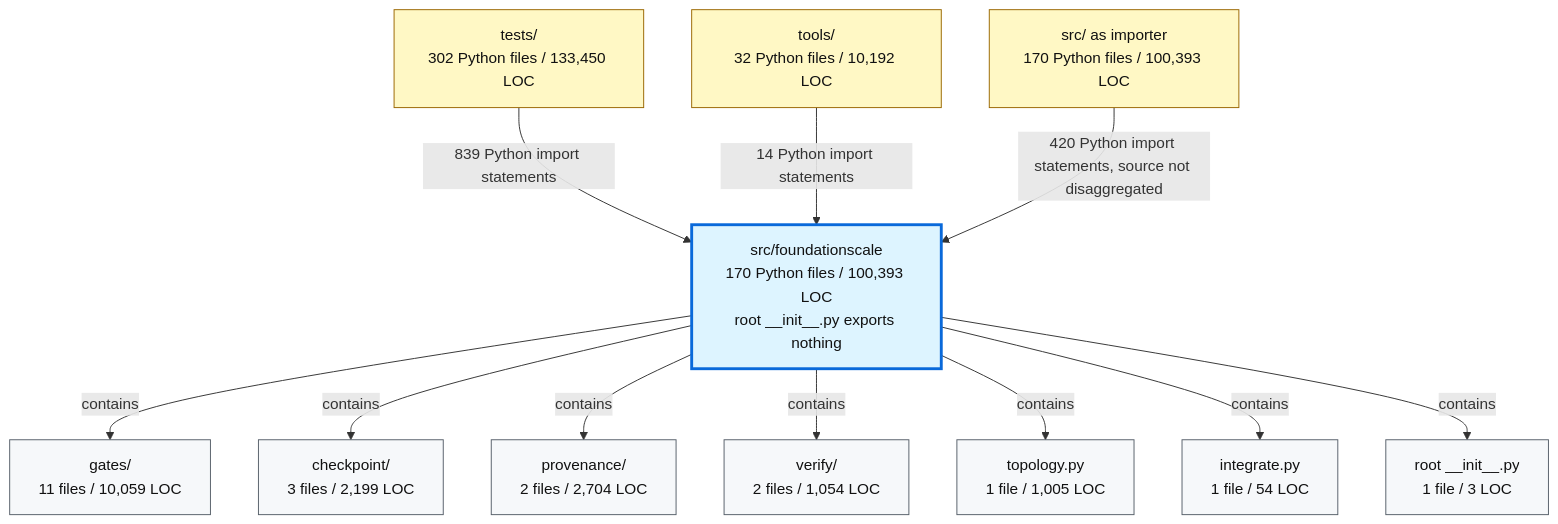
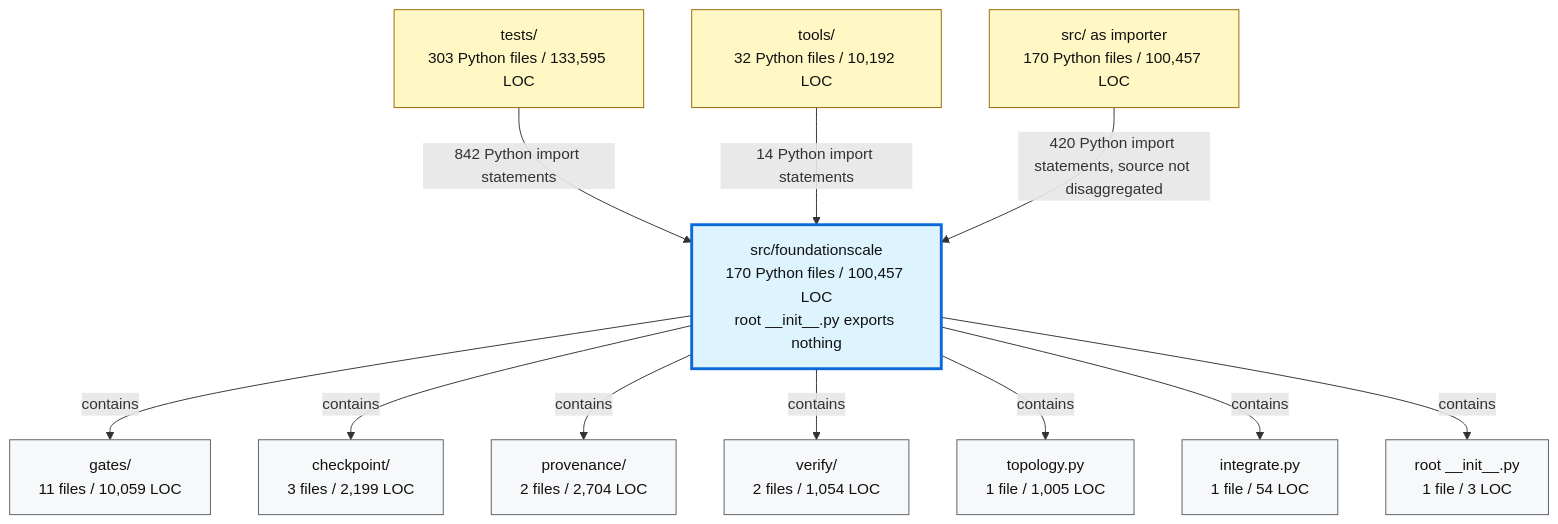
One commit to TranNhiem/FoundationScale changed the second of 2 diagrams in docs/review/D2_current_architecture.md. Above: the diagram before and after it, drawn with Mermaid. The commit also changed other lines of this file and 10 other files, not shown here.

````diff
--- a/docs/review/D2_current_architecture.md
+++ b/docs/review/D2_current_architecture.md
@@ -97,36 +97,36 @@
 ```mermaid
 flowchart TB
-  TESTS["tests/<br/>302 Python files / 133,450 LOC"]
+  TESTS["tests/<br/>303 Python files / 133,595 LOC"]
   TOOLS["tools/<br/>32 Python files / 10,192 LOC"]
-  SRC["src/ as importer<br/>170 Python files / 100,393 LOC"]
+  SRC["src/ as importer<br/>170 Python files / 100,457 LOC"]
 
-  FS["src/foundationscale<br/>170 Python files / 100,393 LOC<br/>root __init__.py exports nothing"]
+  FS["src/foundationscale<br/>170 Python files / 100,457 LOC<br/>root __init__.py exports nothing"]
 
   GATES["gates/<br/>11 files / 10,059 LOC"]
   CKPT["checkpoint/<br/>3 files / 2,199 LOC"]
   PROV["provenance/<br/>2 files / 2,704 LOC"]
   VERIFY["verify/<br/>2 files / 1,054 LOC"]
   TOPO["topology.py<br/>1 file / 1,005 LOC"]
   INTEG["integrate.py<br/>1 file / 54 LOC"]
   ROOT["root __init__.py<br/>1 file / 3 LOC"]
 
-  TESTS -->|"839 Python import statements"| FS
+  TESTS -->|"842 Python import statements"| FS
   TOOLS -->|"14 Python import statements"| FS
   SRC -->|"420 Python import statements, source not disaggregated"| FS
 
   FS -->|"contains"| GATES
   FS -->|"contains"| CKPT
   FS -->|"contains"| PROV
   FS -->|"contains"| VERIFY
   FS -->|"contains"| TOPO
   FS -->|"contains"| INTEG
   FS -->|"contains"| ROOT
 
   classDef consumer fill:#fff8c5,stroke:#9a6700,color:#111;
   classDef package fill:#ddf4ff,stroke:#0969da,stroke-width:3px,color:#111;
   classDef module fill:#f6f8fa,stroke:#57606a,color:#111;
 
   class TESTS,TOOLS,SRC consumer;
   class FS package;
   class GATES,CKPT,PROV,VERIFY,TOPO,INTEG,ROOT module;
 ```
````
